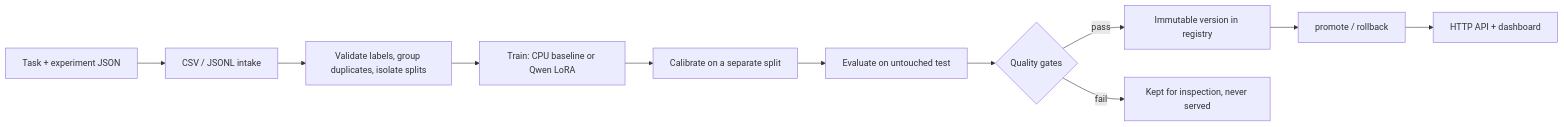
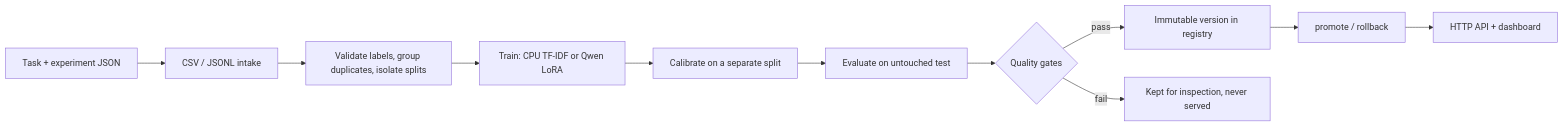
One commit to denis-samatov/localdesk changed the diagram in README.md. Above: the diagram before and after it, drawn with Mermaid. The commit also changed other lines of this file and 8 other files, not shown here.

First line of the commit message:
docs: publish CPU results on four datasets with risk-coverage chart

````diff
--- a/README.md
+++ b/README.md
@@ -145,13 +164,13 @@
 ```mermaid
 flowchart LR
   C[Task + experiment JSON] --> D[CSV / JSONL intake]
   D --> V[Validate labels, group duplicates, isolate splits]
-  V --> T[Train: CPU baseline or Qwen LoRA]
+  V --> T[Train: CPU TF-IDF or Qwen LoRA]
   T --> K[Calibrate on a separate split]
   K --> E[Evaluate on untouched test]
   E --> G{Quality gates}
   G -->|pass| R[Immutable version in registry]
   G -->|fail| X[Kept for inspection, never served]
   R --> P[promote / rollback]
   P --> A[HTTP API + dashboard]
 ```
````
